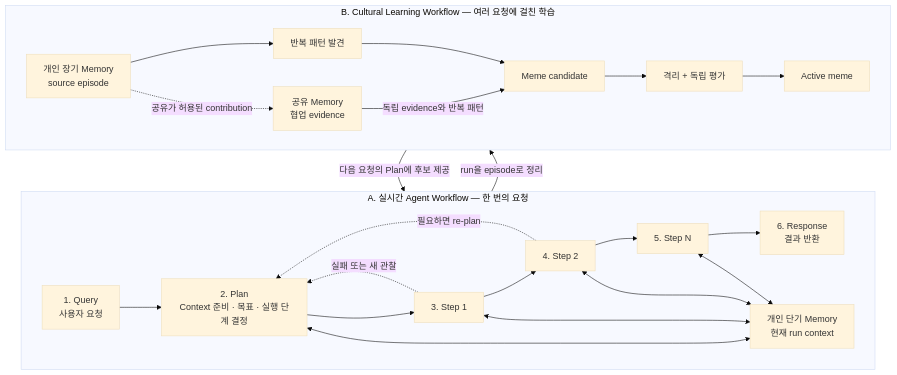
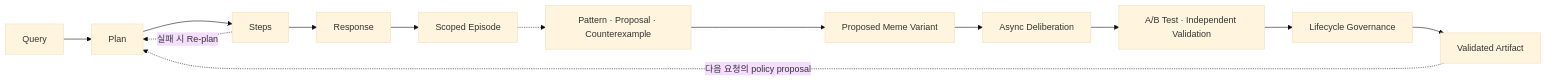
Before and after one commit to hkjeon13/mnemome: the fourth of 29 diagrams in develop/cultural-memory-hivemind.md, drawn with Mermaid (base theme). The commit also changed other lines of this file and 60 other files, not shown here.

````diff
--- a/develop/cultural-memory-hivemind.md
+++ b/develop/cultural-memory-hivemind.md
@@ -59,38 +280,20 @@
 ```mermaid
-flowchart TB
-    subgraph Online["A. 실시간 Agent Workflow — 한 번의 요청"]
-        direction LR
-        Query["1. Query<br/>사용자 요청"]
-        Plan["2. Plan<br/>Context 준비 · 목표 · 실행 단계 결정"]
-        Step1["3. Step 1"]
-        Step2["4. Step 2"]
-        StepN["5. Step N"]
-        Response["6. Response<br/>결과 반환"]
-        Working["개인 단기 Memory<br/>현재 run context"]
+flowchart LR
+    Query["Query"]
+    Plan["Plan"]
+    Steps["Steps"]
+    Response["Response"]
+    Episode["Scoped Episode"]
+    Trigger["Pattern · Proposal · Counterexample"]
+    Proposal["Proposed Meme Variant"]
+    Deliberation["Async Deliberation"]
+    Experiment["A/B Test · Independent Validation"]
+    Governance["Lifecycle Governance"]
+    Validated["Validated Artifact"]
 
-        Query --> Plan --> Step1 --> Step2 --> StepN --> Response
-        Step1 -.->|"실패 또는 새 관찰"| Plan
-        Step2 -.->|"필요하면 re-plan"| Plan
-        Plan <--> Working
-        Step1 <--> Working
-        Step2 <--> Working
-        StepN <--> Working
-    end
-
-    subgraph Learning["B. Cultural Learning Workflow — 여러 요청에 걸친 학습"]
-        direction LR
-        Episode["개인 장기 Memory<br/>source episode"]
-        Shared["공유 Memory<br/>협업 evidence"]
-        Pattern["반복 패턴 발견"]
-        Candidate["Meme candidate"]
-        Quarantine["격리 + 독립 평가"]
-        Active["Active meme"]
-
-        Episode --> Pattern --> Candidate --> Quarantine --> Active
-        Episode -.->|"공유가 허용된 contribution"| Shared
-        Shared -->|"독립 evidence와 반복 패턴"| Candidate
-    end
-
-    Response -->|"run을 episode로 정리"| Episode
-    Active -->|"다음 요청의 Plan에 후보 제공"| Plan
+    Query --> Plan --> Steps --> Response
+    Response --> Episode
+    Episode -.-> Trigger --> Proposal --> Deliberation --> Experiment --> Governance --> Validated
+    Validated -.->|"다음 요청의 policy proposal"| Plan
+    Steps -.->|"실패 시 Re-plan"| Plan
 ```
````
